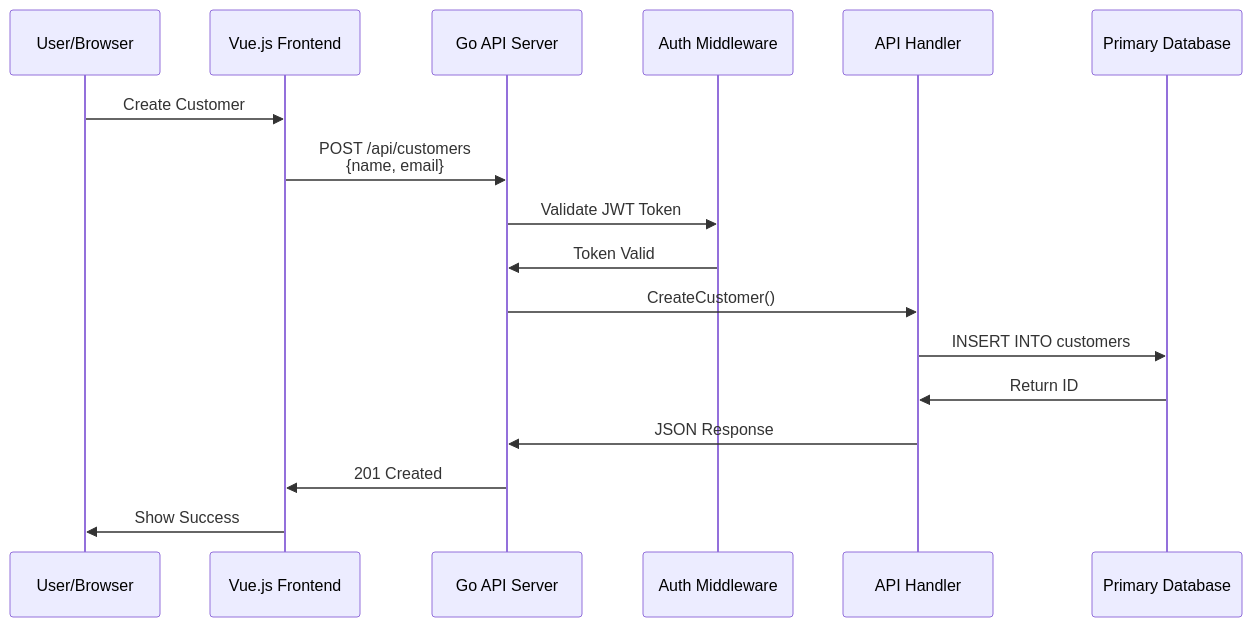
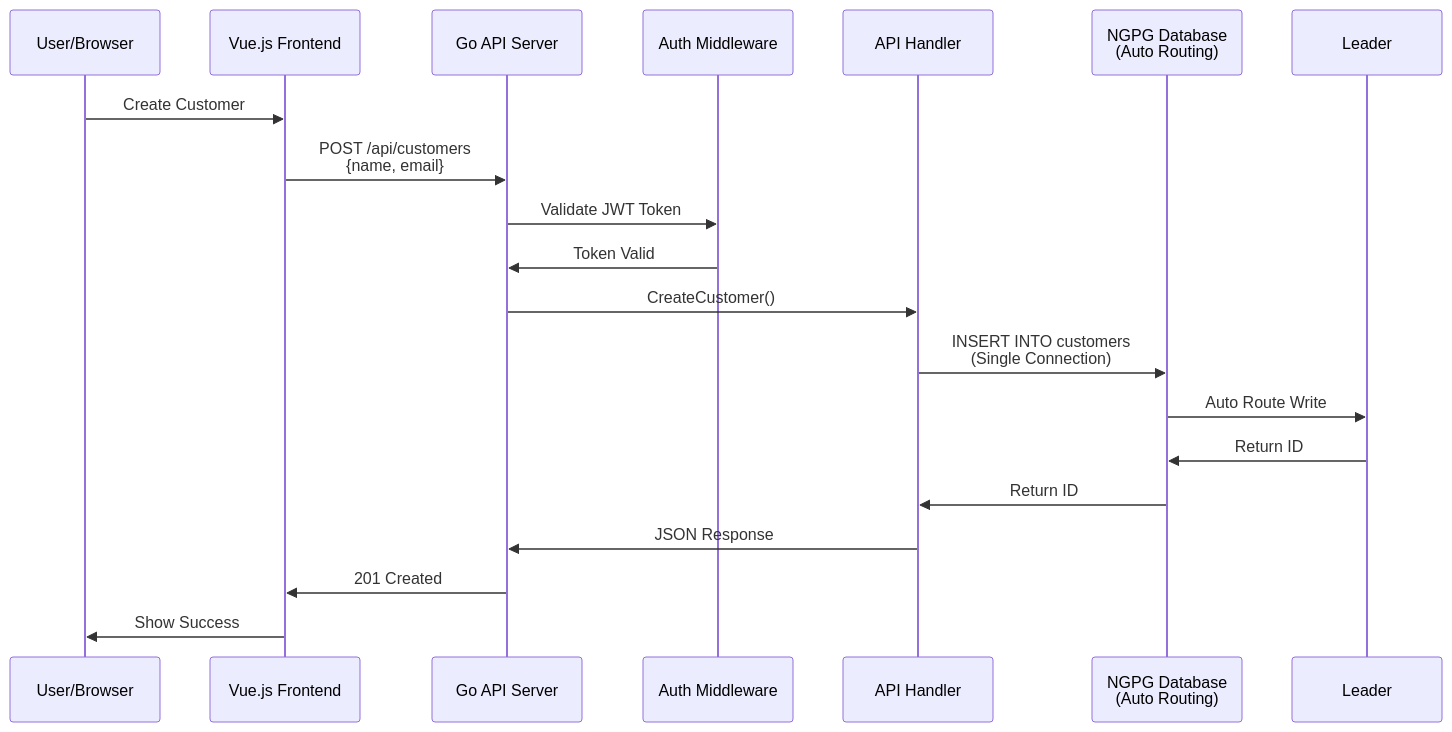
Before and after one commit to heroku-examples/saas-go-app: the eighth of 18 diagrams in ARCHITECTURE.md, drawn with Mermaid. The commit also changed other lines of this file, not shown here.

````diff
--- a/ARCHITECTURE.md
+++ b/ARCHITECTURE.md
@@ -322,20 +391,23 @@
 ```mermaid
 sequenceDiagram
     participant User as User/Browser
     participant Frontend as Vue.js Frontend
     participant API as Go API Server
     participant Auth as Auth Middleware
     participant Handler as API Handler
-    participant PrimaryDB as Primary Database
+    participant NGPG as NGPG Database<br/>(Auto Routing)
+    participant Leader as Leader
     
     User->>Frontend: Create Customer
     Frontend->>API: POST /api/customers<br/>{name, email}
     API->>Auth: Validate JWT Token
     Auth->>API: Token Valid
     API->>Handler: CreateCustomer()
-    Handler->>PrimaryDB: INSERT INTO customers
-    PrimaryDB->>Handler: Return ID
+    Handler->>NGPG: INSERT INTO customers<br/>(Single Connection)
+    NGPG->>Leader: Auto Route Write
+    Leader->>NGPG: Return ID
+    NGPG->>Handler: Return ID
     Handler->>API: JSON Response
     API->>Frontend: 201 Created
     Frontend->>User: Show Success
 ```
````
